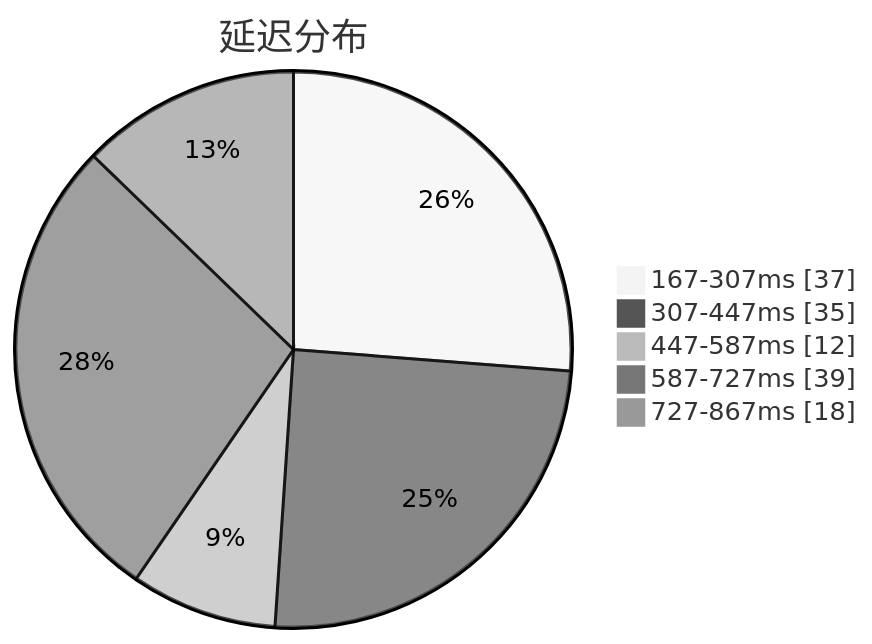
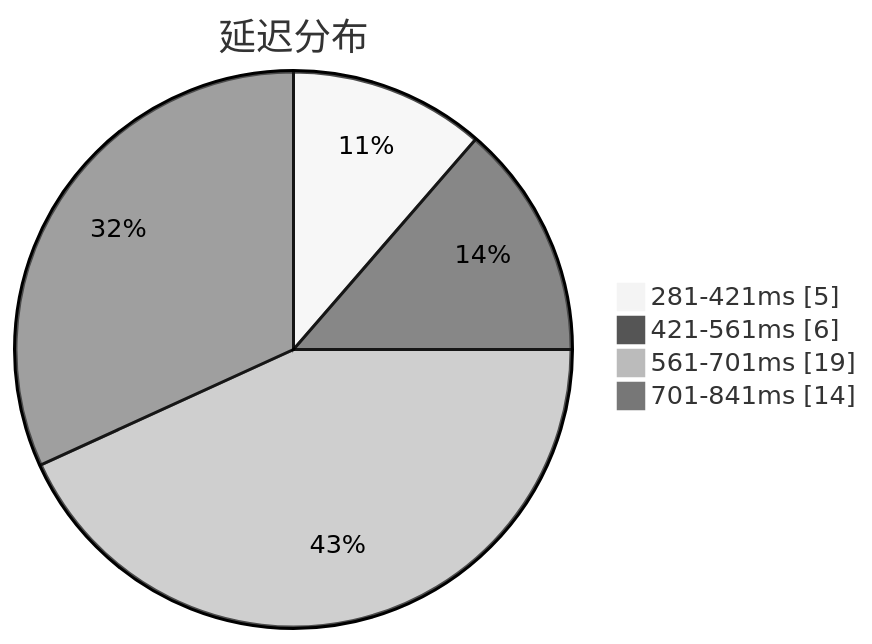
Before and after one commit to qjlxg/airport: the first of 3 diagrams in subs/statistics/tested_within.md, drawn with Mermaid (neutral theme). The commit also changed other lines of this file and 2 other files, not shown here.

````diff
--- a/subs/statistics/tested_within.md
+++ b/subs/statistics/tested_within.md
@@ -2,9 +2,8 @@
 ```mermaid
 pie showData
 title 延迟分布
-"167-307ms" : 37
-"307-447ms" : 35
-"447-587ms" : 12
-"587-727ms" : 39
-"727-867ms" : 18
+"281-421ms" : 5
+"421-561ms" : 6
+"561-701ms" : 19
+"701-841ms" : 14
 ```
````
